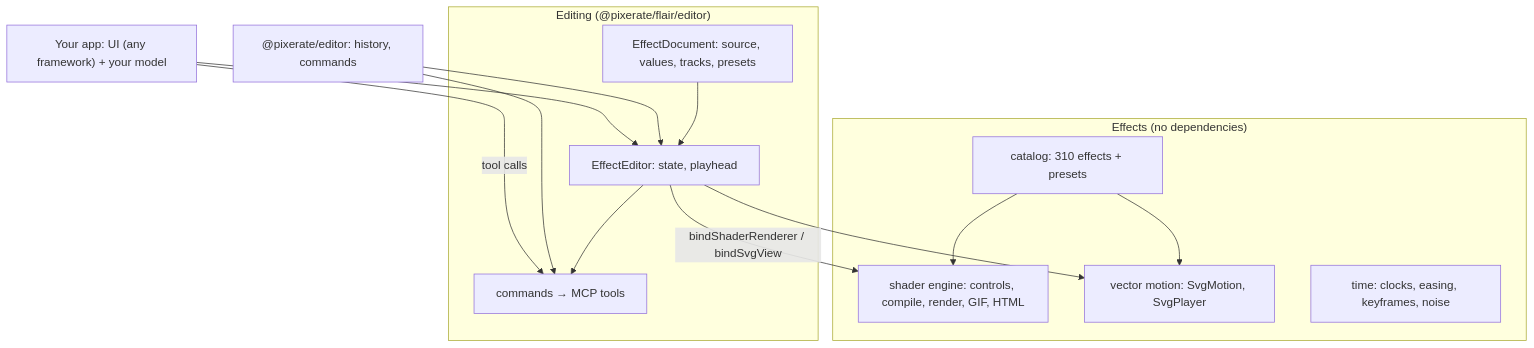
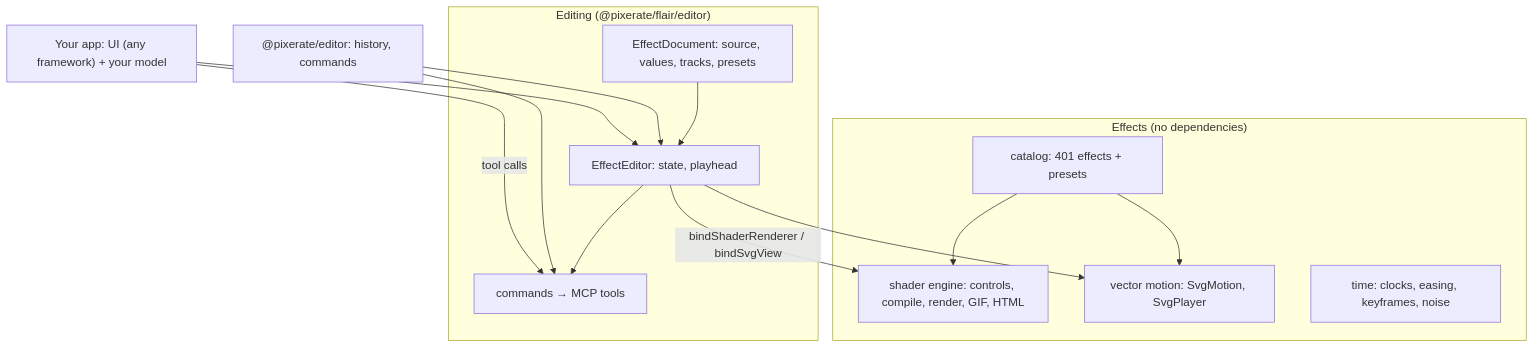
The diagram in README.md (Pixerate/flair), drawn with Mermaid before and after one commit. The commit also changed other lines of this file and 8 other files, not shown here.

Commit message:
feat(catalog): category groups, browsed by group in the gallery; vector timelines take the effect's length (#41)

````diff
--- a/README.md
+++ b/README.md
@@ -61,27 +61,27 @@
 ```mermaid
 graph TD
   subgraph Effects["Effects (no dependencies)"]
-    Catalog["catalog: 310 effects + presets"]
+    Catalog["catalog: 401 effects + presets"]
     Shader["shader engine: controls, compile, render, GIF, HTML"]
     Vector["vector motion: SvgMotion, SvgPlayer"]
     Time["time: clocks, easing, keyframes, noise"]
   end
   subgraph Editing["Editing (@pixerate/flair/editor)"]
     Doc["EffectDocument: source, values, tracks, presets"]
     Editor["EffectEditor: state, playhead"]
     Cmds["commands → MCP tools"]
   end
   PE["@pixerate/editor: history, commands"]
   Host["Your app: UI (any framework) + your model"]
 
   Catalog --> Shader
   Catalog --> Vector
   Doc --> Editor
   Editor --> Cmds
   PE --> Editor
   PE --> Cmds
   Editor -- bindShaderRenderer / bindSvgView --> Shader
   Editor --> Vector
   Host --> Editor
   Host -- tool calls --> Cmds
 ```
````
